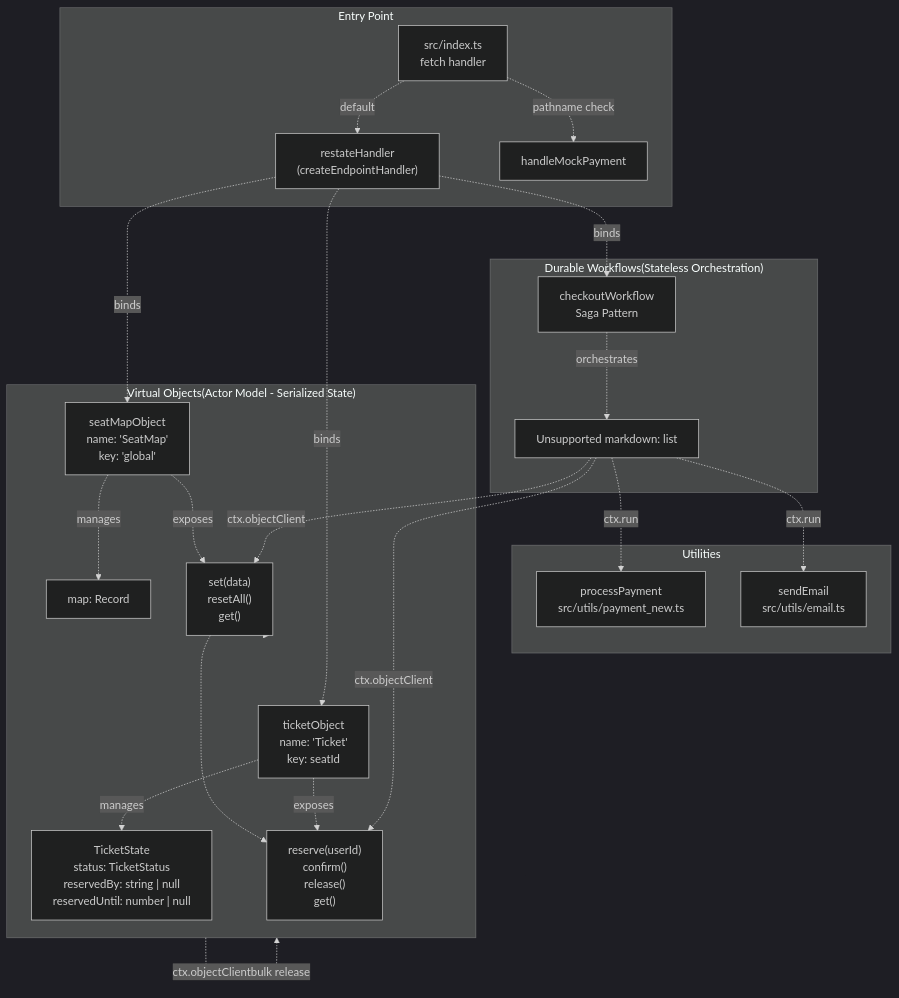
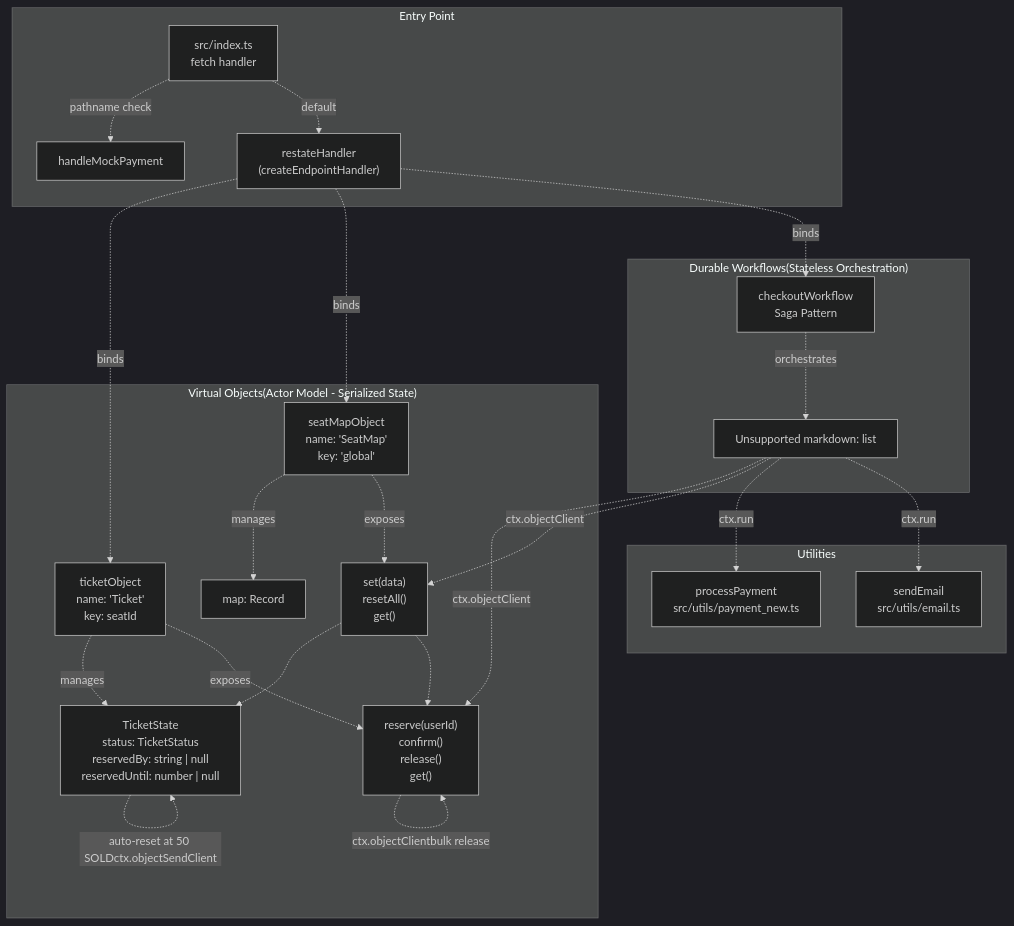
The second of 3 diagrams in docs/deepwiki/System-Architecture.md (philipz/restate-cloudflare-workers-poc), drawn with Mermaid (dark theme) before and after one commit. The commit also changed other lines of this file and 18 other files, not shown here.

Commit message:
refactor: standardize mermaid diagram participant syntax across documentation files

````diff
--- a/docs/deepwiki/System-Architecture.md
+++ b/docs/deepwiki/System-Architecture.md
@@ -191,61 +191,61 @@
 ```mermaid
 flowchart TD
 
 IndexHandler["src/index.ts<br>fetch handler"]
 RestateHandler["restateHandler<br>(createEndpointHandler)"]
 MockHandler["handleMockPayment"]
 Ticket["ticketObject<br>name: 'Ticket'<br>key: seatId"]
 SeatMap["seatMapObject<br>name: 'SeatMap'<br>key: 'global'"]
 TicketState["TicketState<br>status: TicketStatus<br>reservedBy: string | null<br>reservedUntil: number | null"]
 SeatMapState["map: Record"]
 TicketHandlers["reserve(userId)<br>confirm()<br>release()<br>get()"]
 SeatMapHandlers["set(data)<br>resetAll()<br>get()"]
 Checkout["checkoutWorkflow<br>Saga Pattern"]
 CheckoutFlow["Unsupported markdown: list"]
 Payment["processPayment<br>src/utils/payment_new.ts"]
 Email["sendEmail<br>src/utils/email.ts"]
 
 RestateHandler -.->|"binds"| Ticket
 RestateHandler -.->|"binds"| SeatMap
 RestateHandler -.->|"binds"| Checkout
 CheckoutFlow -.->|"ctx.objectClient"| TicketHandlers
 CheckoutFlow -.->|"ctx.objectClient"| SeatMapHandlers
 CheckoutFlow -.->|"ctx.run"| Payment
 CheckoutFlow -.->|"ctx.run"| Email
-SeatMapHandlers -.-> VirtualObjects
-VirtualObjects -.->|"auto-reset at 50 SOLDctx.objectSendClient"| VirtualObjects
-VirtualObjects -.->|"ctx.objectClientbulk release"| VirtualObjects
 
 subgraph Utils ["Utilities"]
     Payment
     Email
 end
 
 subgraph Workflows ["Durable Workflows(Stateless Orchestration)"]
     Checkout
     CheckoutFlow
     Checkout -.->|"orchestrates"| CheckoutFlow
 end
 
 subgraph VirtualObjects ["Virtual Objects(Actor Model - Serialized State)"]
     Ticket
     SeatMap
     TicketState
     SeatMapState
     TicketHandlers
     SeatMapHandlers
     Ticket -.->|"manages"| TicketState
     Ticket -.->|"exposes"| TicketHandlers
     SeatMap -.->|"manages"| SeatMapState
     SeatMap -.->|"exposes"| SeatMapHandlers
+    SeatMapHandlers -.-> TicketState
+    TicketState -.->|"auto-reset at 50 SOLDctx.objectSendClient"| TicketState
+    TicketHandlers -.->|"ctx.objectClientbulk release"| TicketHandlers
     SeatMapHandlers -.-> TicketHandlers
 end
 
 subgraph EntryPoint ["Entry Point"]
     IndexHandler
     RestateHandler
     MockHandler
     IndexHandler -.->|"pathname check"| MockHandler
     IndexHandler -.->|"default"| RestateHandler
 end
 ```
````
